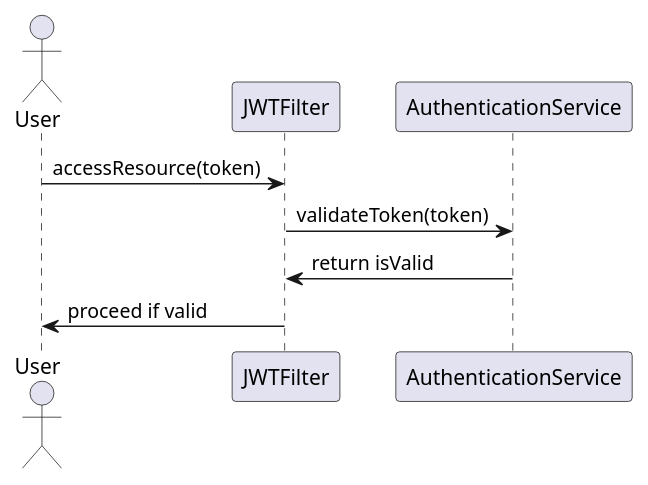
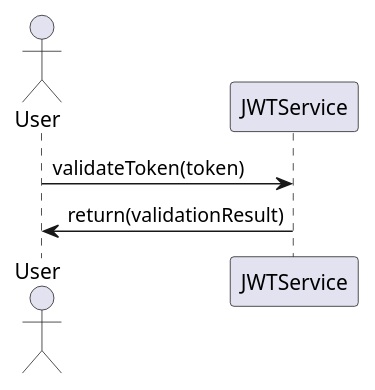
One commit to Dinesh-s95/AutoDoc.ai changed the third of 4 diagrams in enrollment/documentation/detaileddesign.adoc. Above: the diagram before and after it, drawn with PlantUML. The commit also changed other lines of this file and 4 other files, not shown here.

```diff
--- a/enrollment/documentation/detaileddesign.adoc
+++ b/enrollment/documentation/detaileddesign.adoc
@@ -219,13 +137,10 @@
-[plantuml, jwt-validation-flow, png]
-----
+[plantuml, sequence-jwt-validation, png]
+....
 @startuml
-actor "User" as user
-participant "JWTFilter" as jwtFilter
-participant "AuthenticationService" as authService
+actor User
+participant "JWTService" as JS
 
-user -> jwtFilter : accessResource(token)
-jwtFilter -> authService : validateToken(token)
-authService -> jwtFilter : return isValid
-jwtFilter -> user : proceed if valid
+User -> JS : validateToken(token)
+JS -> User : return(validationResult)
 @enduml
-----
+....
```
